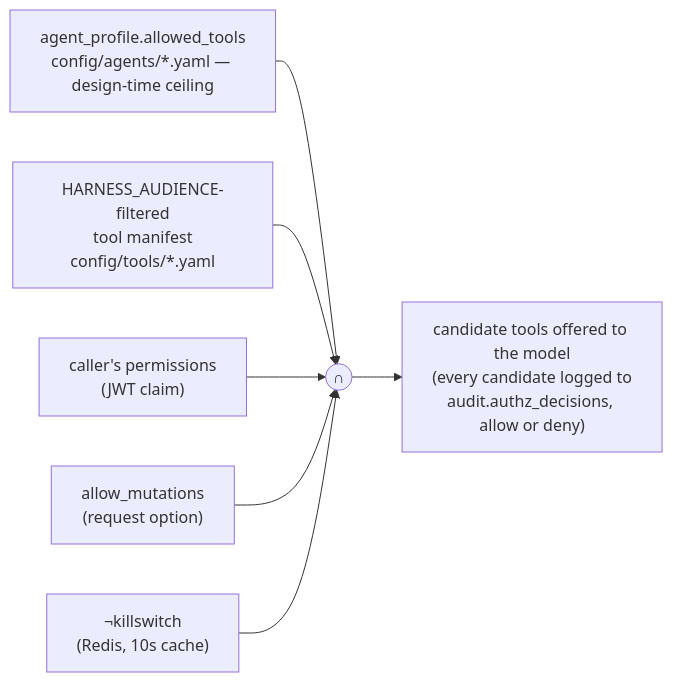
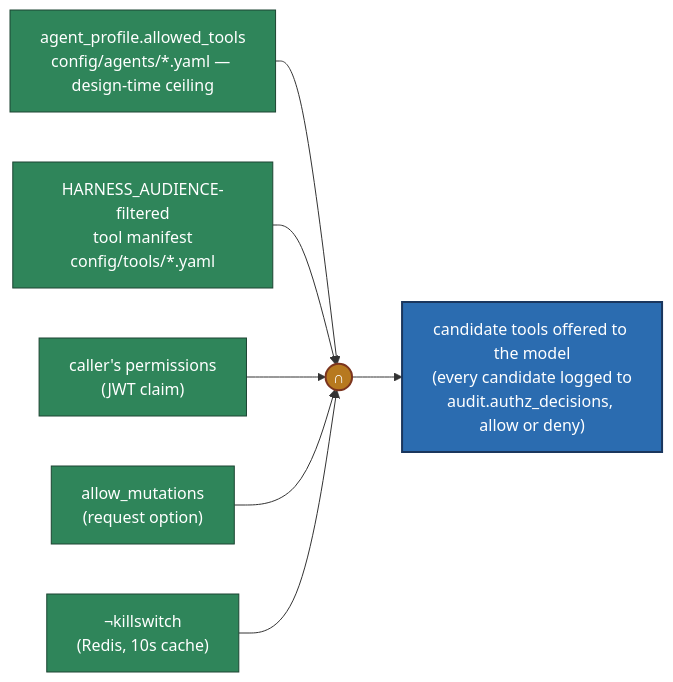
One commit to MuhammadHasbiAshshiddieqy/agent-platform-reference changed the fourth of 10 diagrams in docs/ARCHITECTURE.md. Above: the diagram before and after it, drawn with Mermaid. The commit also changed other lines of this file and 1 other file, not shown here.

First line of the commit message:
Simplify diagrams: numbered backbone, color-coded start/end nodes

````diff
--- a/docs/ARCHITECTURE.md
+++ b/docs/ARCHITECTURE.md
@@ -184,14 +182,13 @@
 ```mermaid
 flowchart LR
-    A["agent_profile.allowed_tools\nconfig/agents/*.yaml — design-time ceiling"]
-    B["HARNESS_AUDIENCE-filtered\ntool manifest\nconfig/tools/*.yaml"]
-    C["caller's permissions\n(JWT claim)"]
-    D["allow_mutations\n(request option)"]
-    E["¬killswitch\n(Redis, 10s cache)"]
-    A --> X(("∩"))
-    B --> X
-    C --> X
-    D --> X
-    E --> X
-    X --> Result["candidate tools offered to the model\n(every candidate logged to\naudit.authz_decisions, allow or deny)"]
+    classDef input fill:#2f855a,stroke:#1c4532,color:#fff;
+    classDef gate fill:#b7791f,stroke:#7b341e,color:#fff,stroke-width:2px;
+    classDef result fill:#2b6cb0,stroke:#1a365d,color:#fff,stroke-width:2px;
+
+    A["agent_profile.allowed_tools\nconfig/agents/*.yaml — design-time ceiling"]:::input --> X
+    B["HARNESS_AUDIENCE-filtered\ntool manifest\nconfig/tools/*.yaml"]:::input --> X
+    C["caller's permissions\n(JWT claim)"]:::input --> X
+    D["allow_mutations\n(request option)"]:::input --> X
+    E["¬killswitch\n(Redis, 10s cache)"]:::input --> X(("∩")):::gate
+    X --> Result["candidate tools offered to the model\n(every candidate logged to\naudit.authz_decisions, allow or deny)"]:::result
 ```
````
